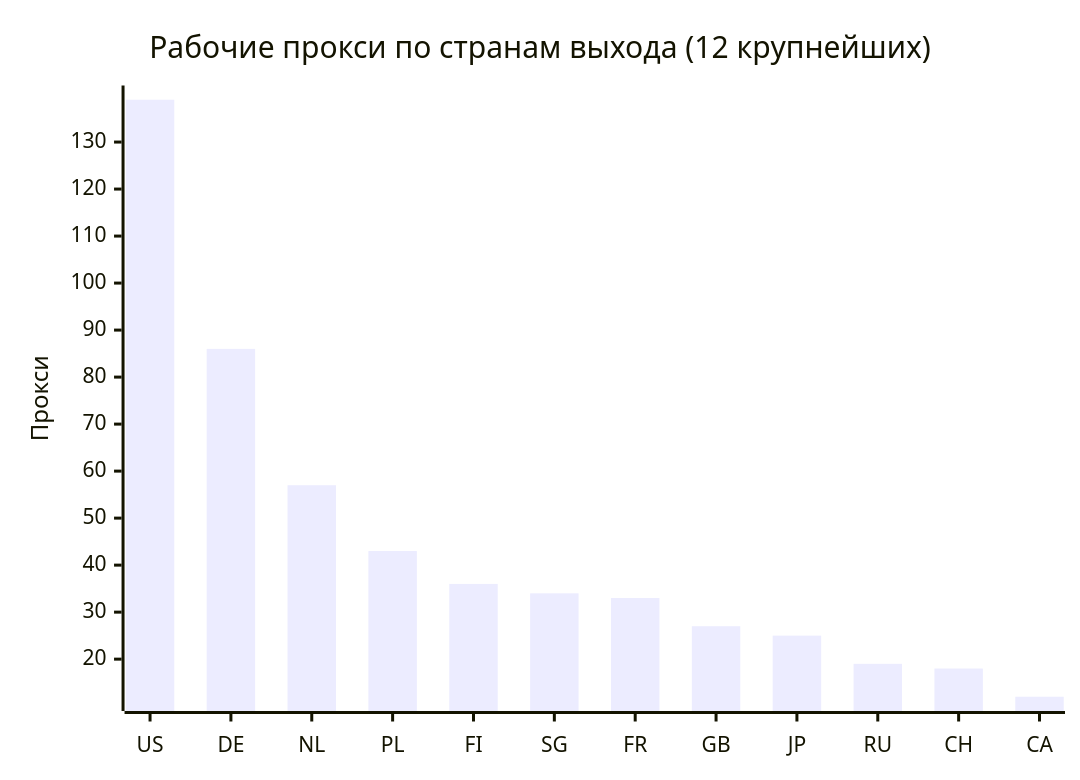
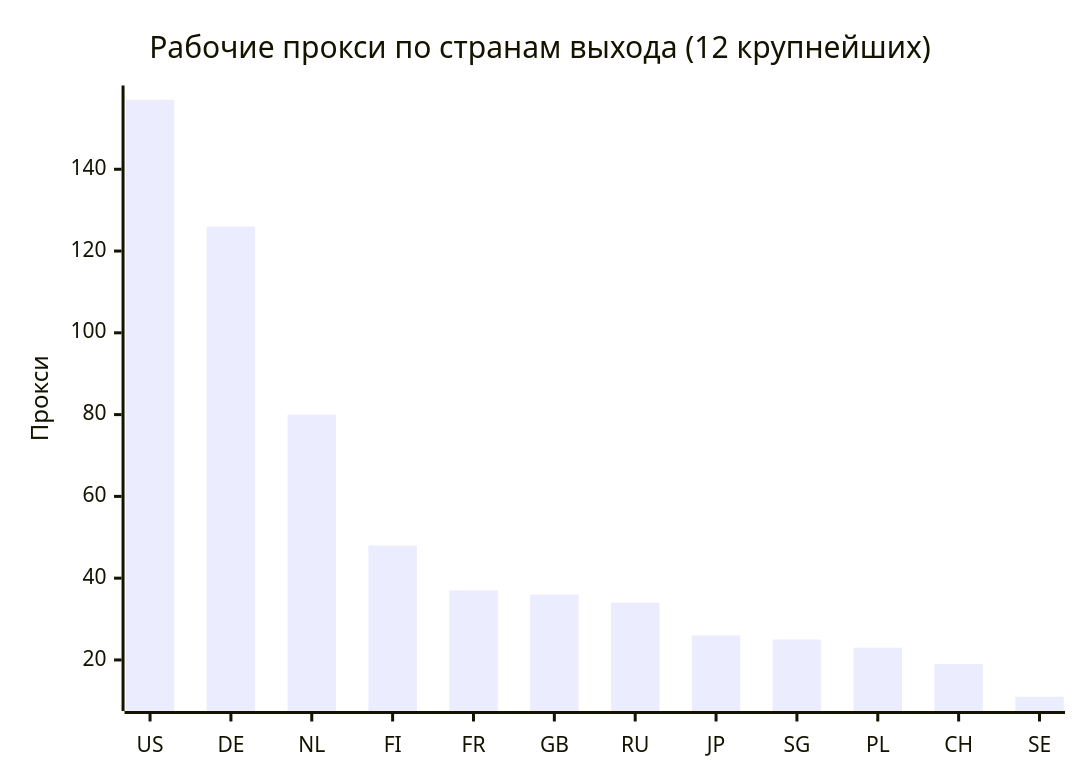
The second of 4 diagrams in README.md (rvvg/proxy-subs), drawn with Mermaid before and after one commit. The commit also changed other lines of this file and 58 other files, not shown here.

````diff
--- a/README.md
+++ b/README.md
@@ -135,7 +134,7 @@
 ```mermaid
 xychart-beta
     title "Рабочие прокси по странам выхода (12 крупнейших)"
-    x-axis ["US", "DE", "NL", "PL", "FI", "SG", "FR", "GB", "JP", "RU", "CH", "CA"]
+    x-axis ["US", "DE", "NL", "FI", "FR", "GB", "RU", "JP", "SG", "PL", "CH", "SE"]
     y-axis "Прокси"
-    bar [139, 86, 57, 43, 36, 34, 33, 27, 25, 19, 18, 12]
+    bar [157, 126, 80, 48, 37, 36, 34, 26, 25, 23, 19, 11]
 ```
````
